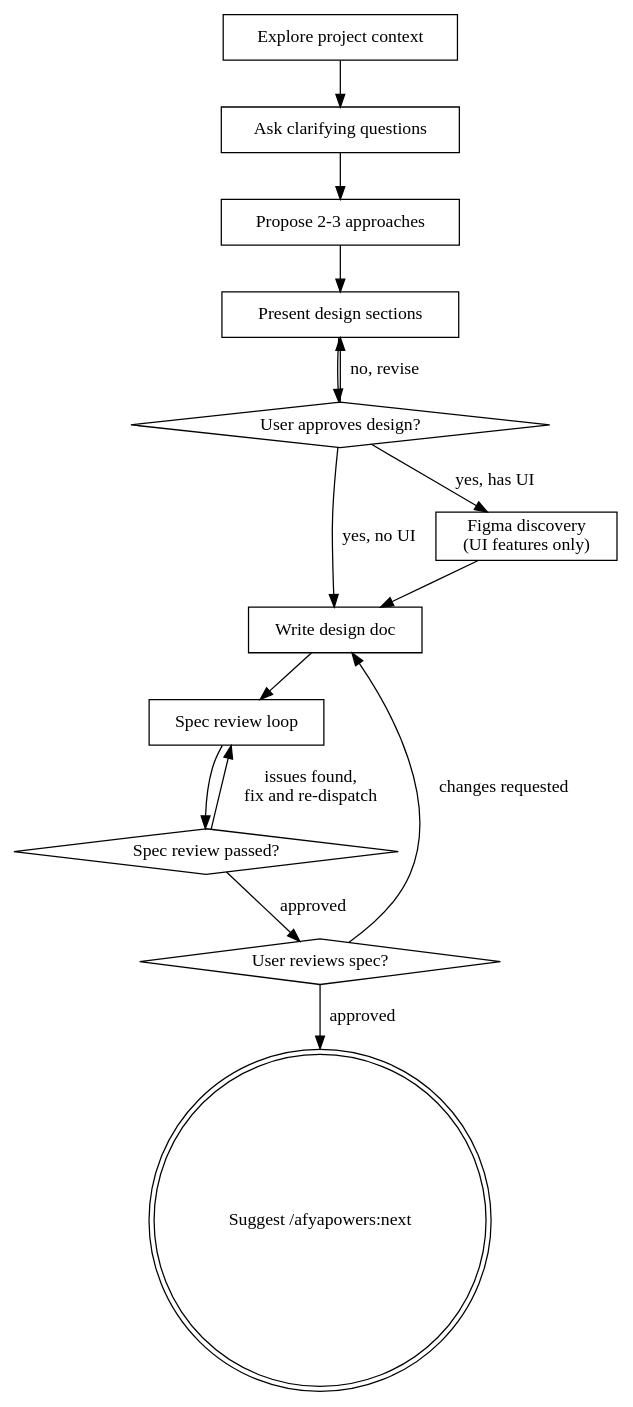
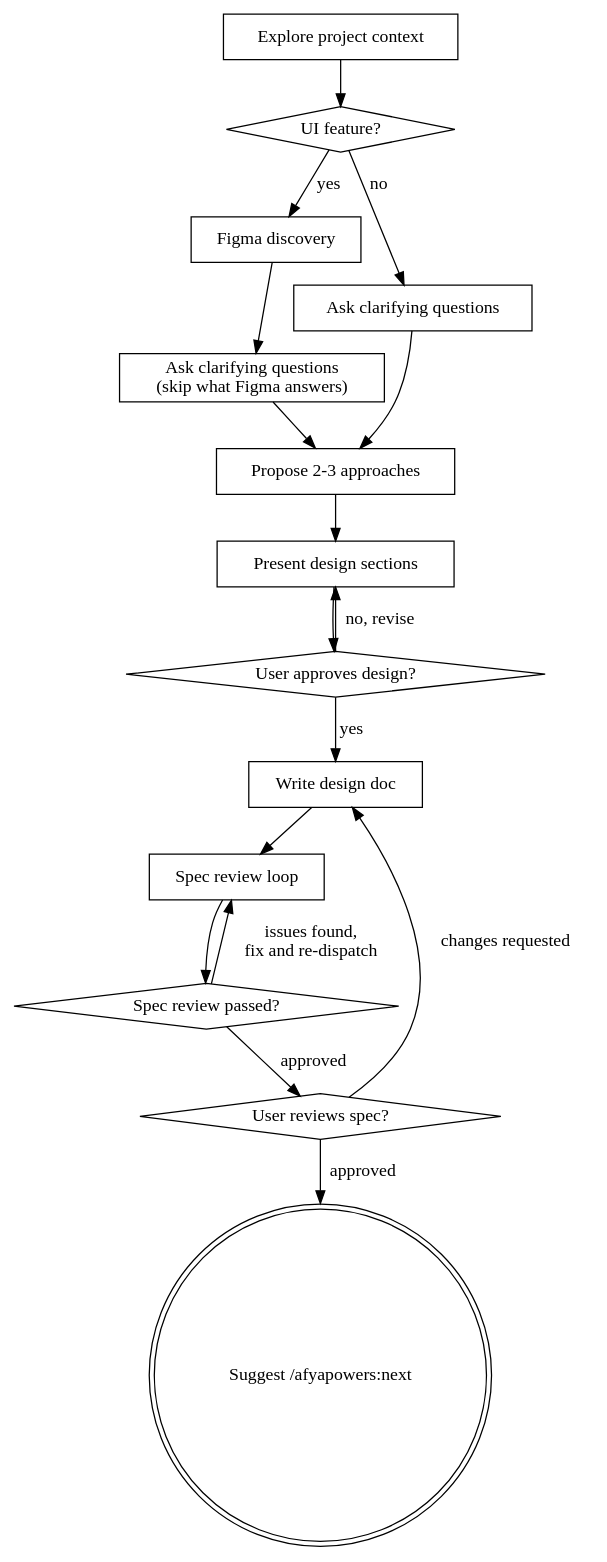
The diagram in skills/design/SKILL.md (iclinic/afyapowers), drawn with Graphviz before and after one commit. The commit also changed other lines of this file, not shown here.

Commit message:
feat: move Figma discovery to beginning of design phase

````diff
--- a/skills/design/SKILL.md
+++ b/skills/design/SKILL.md
@@ -41,31 +41,34 @@
 ```dot
 digraph design {
     "Explore project context" [shape=box];
+    "UI feature?" [shape=diamond];
+    "Figma discovery" [shape=box];
+    "Ask clarifying questions\n(skip what Figma answers)" [shape=box];
     "Ask clarifying questions" [shape=box];
     "Propose 2-3 approaches" [shape=box];
     "Present design sections" [shape=box];
     "User approves design?" [shape=diamond];
     "Write design doc" [shape=box];
     "Spec review loop" [shape=box];
     "Spec review passed?" [shape=diamond];
     "User reviews spec?" [shape=diamond];
     "Suggest /afyapowers:next" [shape=doublecircle];
 
-    "Explore project context" -> "Ask clarifying questions";
+    "Explore project context" -> "UI feature?";
+    "UI feature?" -> "Figma discovery" [label="yes"];
+    "UI feature?" -> "Ask clarifying questions" [label="no"];
+    "Figma discovery" -> "Ask clarifying questions\n(skip what Figma answers)";
+    "Ask clarifying questions\n(skip what Figma answers)" -> "Propose 2-3 approaches";
     "Ask clarifying questions" -> "Propose 2-3 approaches";
     "Propose 2-3 approaches" -> "Present design sections";
     "Present design sections" -> "User approves design?";
     "User approves design?" -> "Present design sections" [label="no, revise"];
-    "Figma discovery\n(UI features only)" [shape=box];
-
-    "User approves design?" -> "Figma discovery\n(UI features only)" [label="yes, has UI"];
-    "User approves design?" -> "Write design doc" [label="yes, no UI"];
-    "Figma discovery\n(UI features only)" -> "Write design doc";
+    "User approves design?" -> "Write design doc" [label="yes"];
     "Write design doc" -> "Spec review loop";
     "Spec review loop" -> "Spec review passed?";
     "Spec review passed?" -> "Spec review loop" [label="issues found,\nfix and re-dispatch"];
     "Spec review passed?" -> "User reviews spec?" [label="approved"];
     "User reviews spec?" -> "Write design doc" [label="changes requested"];
     "User reviews spec?" -> "Suggest /afyapowers:next" [label="approved"];
 }
 ```
````
